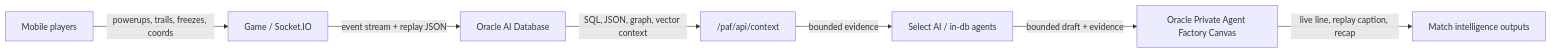
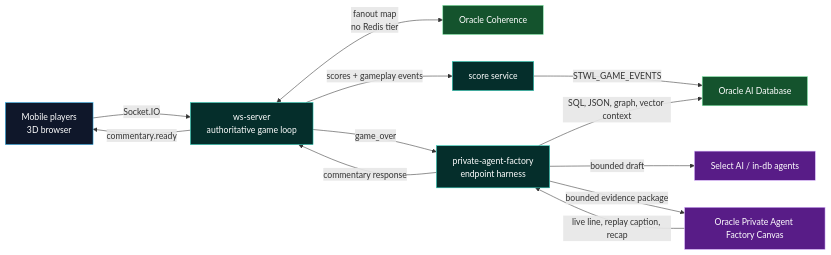
The first of 2 diagrams in event-pack/save-the-wildlife-ai-database-demo/deck-brief.md (WSPluta/save-the-wildlife), drawn with Mermaid before and after one commit. The commit also changed other lines of this file and 21 other files, not shown here.

````diff
--- a/event-pack/save-the-wildlife-ai-database-demo/deck-brief.md
+++ b/event-pack/save-the-wildlife-ai-database-demo/deck-brief.md
@@ -49,9 +50,24 @@
 ```mermaid
 flowchart LR
-  A["Mobile players"] -->|"powerups, trails, freezes, coords"| B["Game / Socket.IO"]
-  B -->|"event stream + replay JSON"| C["Oracle AI Database"]
-  C -->|"SQL, JSON, graph, vector context"| D["/paf/api/context"]
-  D -->|"bounded evidence"| E["Select AI / in-db agents"]
-  E -->|"bounded draft + evidence"| F["Oracle Private Agent Factory Canvas"]
-  F -->|"live line, replay caption, recap"| G["Match intelligence outputs"]
+  classDef client fill:#0f172a,stroke:#38bdf8,color:#ffffff
+  classDef service fill:#052e2b,stroke:#2dd4bf,color:#ffffff
+  classDef state fill:#14532d,stroke:#86efac,color:#ffffff
+  classDef ai fill:#581c87,stroke:#d8b4fe,color:#ffffff
+
+  A["Mobile players<br/>3D browser"] -->|"Socket.IO"| B["ws-server<br/>authoritative game loop"]
+  B <-->|"fanout map<br/>no Redis tier"| C["Oracle Coherence"]
+  B -->|"scores + gameplay events"| D["score service"]
+  D -->|"STWL_GAME_EVENTS"| E["Oracle AI Database"]
+  B -->|"game_over"| F["private-agent-factory<br/>endpoint harness"]
+  F -->|"SQL, JSON, graph, vector context"| E
+  F -->|"bounded draft"| G["Select AI / in-db agents"]
+  F -->|"bounded evidence package"| H["Oracle Private Agent Factory Canvas"]
+  H -->|"live line, replay caption, recap"| F
+  F -->|"commentary response"| B
+  B -->|"commentary.ready"| A
+
+  class A client
+  class B,D,F service
+  class C,E state
+  class G,H ai
 ```
````
